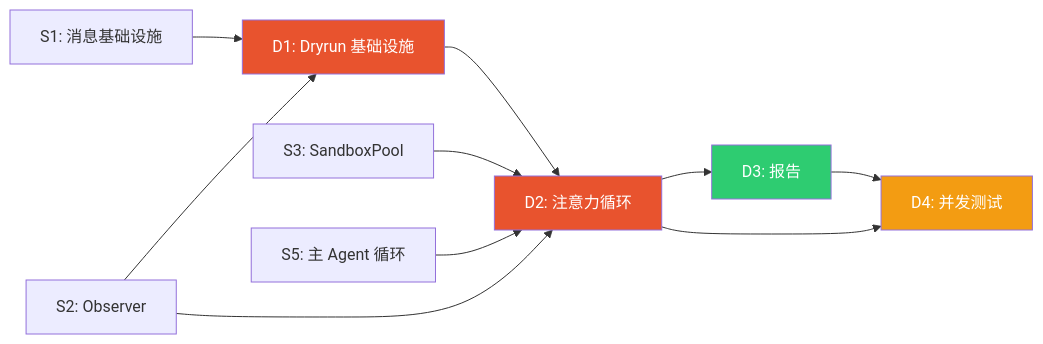
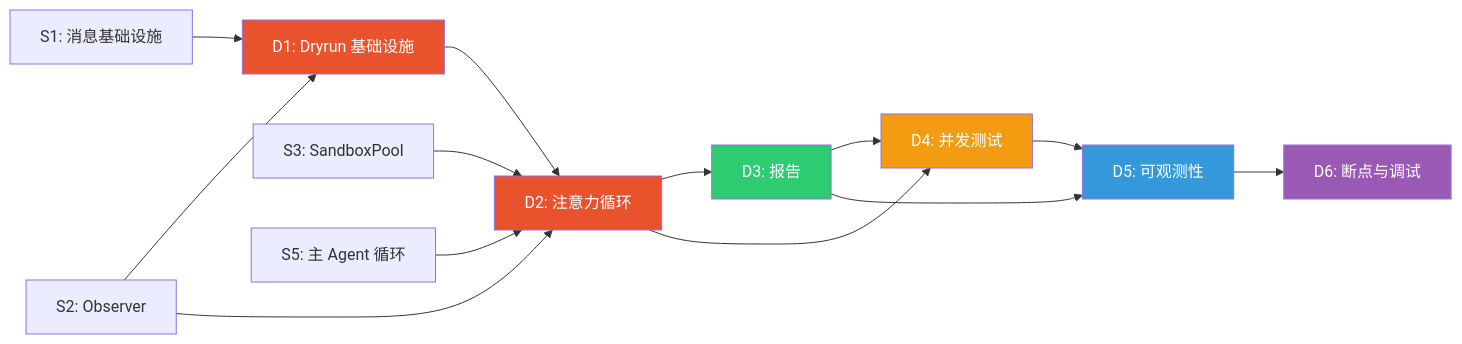
One commit to mitang-tal/CyberGroupmate changed the fourth of 5 diagrams in dryrun.md. Above: the diagram before and after it, drawn with Mermaid. The commit also changed other lines of this file, not shown here.

````diff
--- a/dryrun.md
+++ b/dryrun.md
@@ -970,17 +1012,22 @@
 ```mermaid
 graph LR
     S1["S1: 消息基础设施"] --> D1["D1: Dryrun 基础设施"]
     S2["S2: Observer"] --> D1
     S2 --> D2["D2: 注意力循环"]
     S3["S3: SandboxPool"] --> D2
     S5["S5: 主 Agent 循环"] --> D2
     D1 --> D2
     D2 --> D3["D3: 报告"]
     D2 --> D4["D4: 并发测试"]
     D3 --> D4
+    D3 --> D5["D5: 可观测性"]
+    D4 --> D5
+    D5 --> D6["D6: 断点与调试"]
 
     style D1 fill:#E8532E,color:#fff
     style D2 fill:#E8532E,color:#fff
     style D3 fill:#2ECC71,color:#fff
     style D4 fill:#F39C12,color:#fff
+    style D5 fill:#3498DB,color:#fff
+    style D6 fill:#9B59B6,color:#fff
 ```
````
